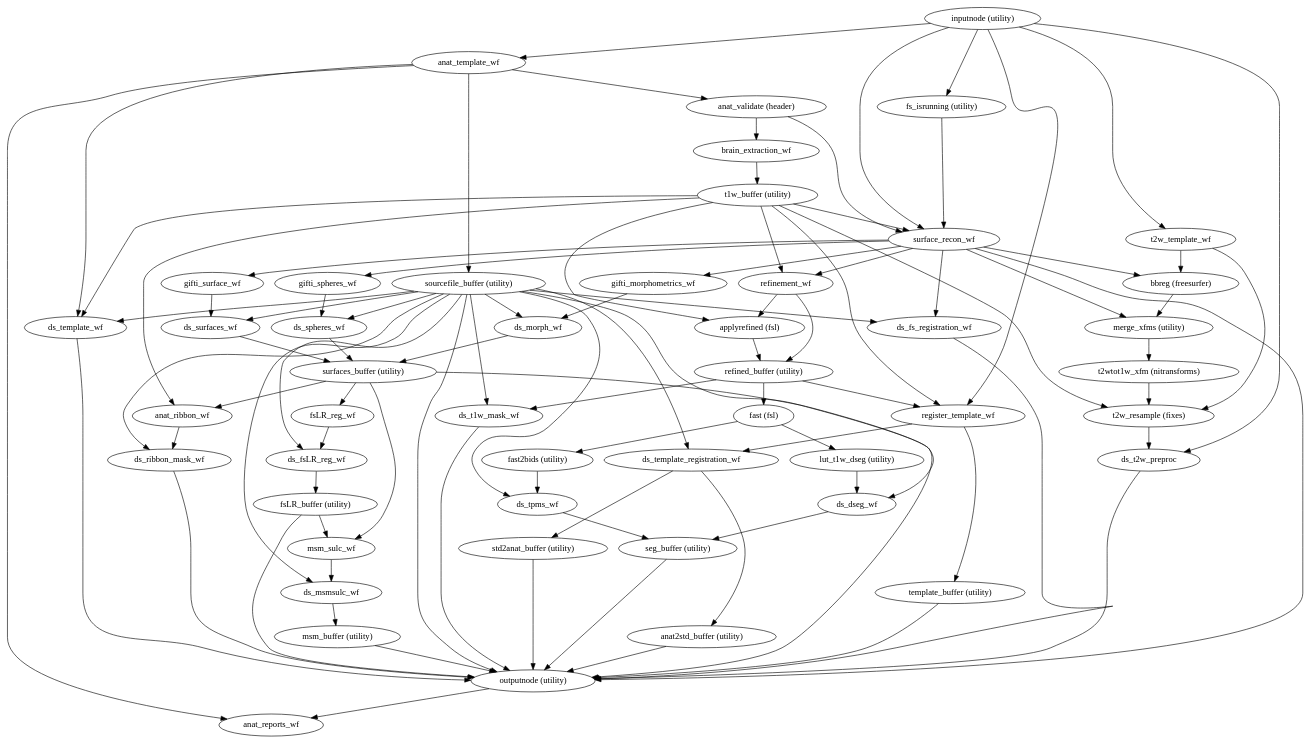
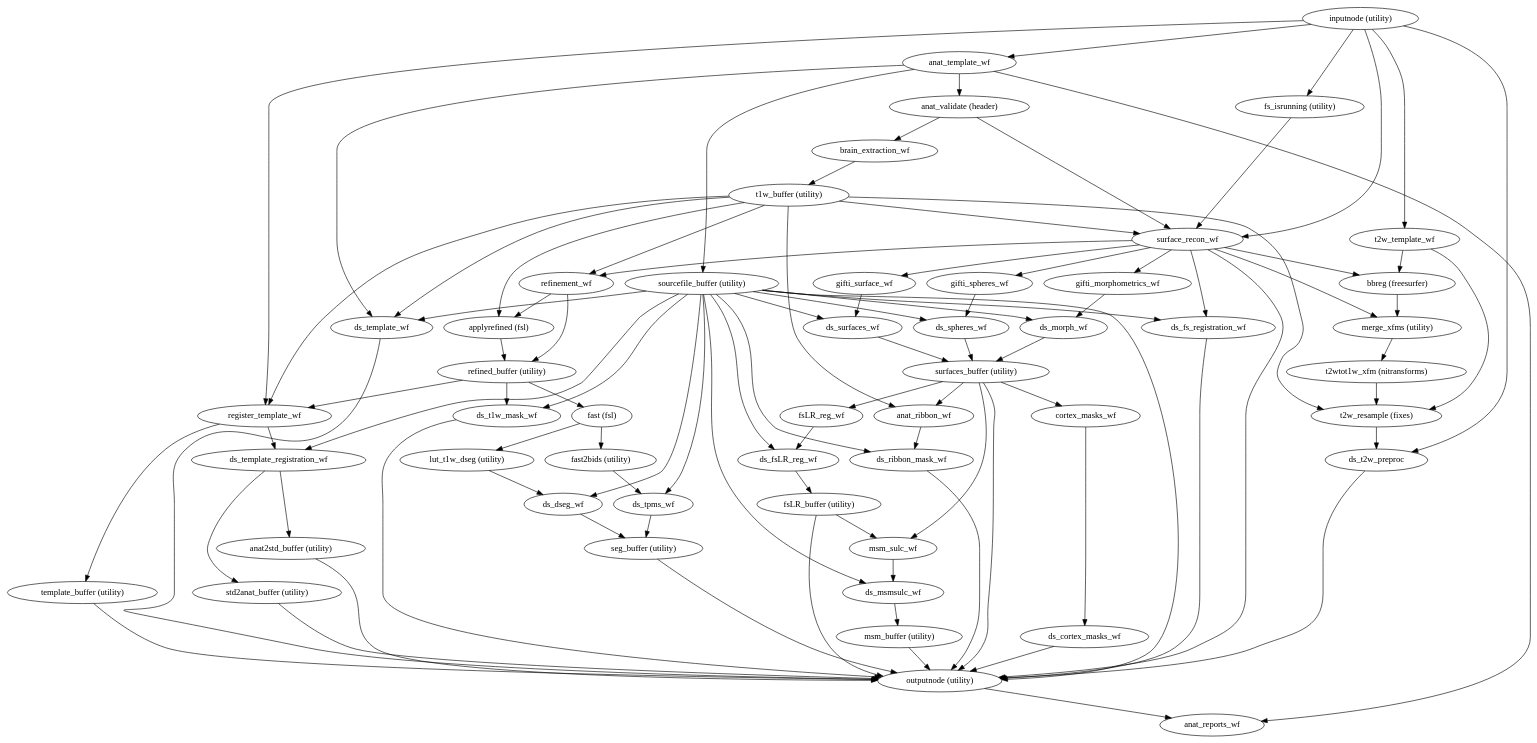
Before and after one commit to nipreps/smriprep: the diagram in 0.13.0/wf_directive/api/anat_fit_wf/smriprep-workflows-anatomical-1.dot, drawn with Graphviz. The commit also changed 9349 other files, not shown here.

```diff
--- a/0.13.0/wf_directive/api/anat_fit_wf/smriprep-workflows-anatomical-1.dot
+++ b/0.13.0/wf_directive/api/anat_fit_wf/smriprep-workflows-anatomical-1.dot
@@ -1,142 +1,147 @@
 strict digraph {
 "inputnode (utility)";
 "anat_template_wf";
 "register_template_wf";
 "fs_isrunning (utility)";
 "surface_recon_wf";
 "t2w_template_wf";
 "ds_t2w_preproc";
 "seg_buffer (utility)";
 "outputnode (utility)";
 "anat_reports_wf";
 "anat2std_buffer (utility)";
 "std2anat_buffer (utility)";
 "template_buffer (utility)";
 "sourcefile_buffer (utility)";
 "ds_template_wf";
 "ds_t1w_mask_wf";
 "ds_dseg_wf";
 "ds_tpms_wf";
 "ds_template_registration_wf";
 "ds_fs_registration_wf";
 "ds_surfaces_wf";
 "ds_spheres_wf";
 "ds_morph_wf";
 "ds_ribbon_mask_wf";
 "ds_fsLR_reg_wf";
 "ds_msmsulc_wf";
 "surfaces_buffer (utility)";
 "anat_ribbon_wf";
 "fsLR_reg_wf";
 "msm_sulc_wf";
+"cortex_masks_wf";
 "fsLR_buffer (utility)";
 "msm_buffer (utility)";
 "anat_validate (header)";
 "brain_extraction_wf";
 "t1w_buffer (utility)";
 "refinement_wf";
 "applyrefined (fsl)";
 "t2w_resample (fixes)";
 "refined_buffer (utility)";
 "fast (fsl)";
 "lut_t1w_dseg (utility)";
 "fast2bids (utility)";
 "bbreg (freesurfer)";
 "merge_xfms (utility)";
 "gifti_surface_wf";
 "gifti_spheres_wf";
 "gifti_morphometrics_wf";
 "t2wtot1w_xfm (nitransforms)";
+"ds_cortex_masks_wf";
 "inputnode (utility)" -> "anat_template_wf";
 "inputnode (utility)" -> "register_template_wf";
 "inputnode (utility)" -> "fs_isrunning (utility)";
 "inputnode (utility)" -> "surface_recon_wf";
 "inputnode (utility)" -> "t2w_template_wf";
 "inputnode (utility)" -> "ds_t2w_preproc";
 "anat_template_wf" -> "anat_validate (header)";
 "anat_template_wf" -> "sourcefile_buffer (utility)";
 "anat_template_wf" -> "anat_reports_wf";
 "anat_template_wf" -> "ds_template_wf";
 "register_template_wf" -> "ds_template_registration_wf";
 "register_template_wf" -> "template_buffer (utility)";
 "fs_isrunning (utility)" -> "surface_recon_wf";
 "surface_recon_wf" -> "outputnode (utility)";
 "surface_recon_wf" -> "ds_fs_registration_wf";
 "surface_recon_wf" -> "refinement_wf";
 "surface_recon_wf" -> "bbreg (freesurfer)";
 "surface_recon_wf" -> "merge_xfms (utility)";
 "surface_recon_wf" -> "gifti_surface_wf";
 "surface_recon_wf" -> "gifti_spheres_wf";
 "surface_recon_wf" -> "gifti_morphometrics_wf";
 "t2w_template_wf" -> "bbreg (freesurfer)";
 "t2w_template_wf" -> "t2w_resample (fixes)";
 "ds_t2w_preproc" -> "outputnode (utility)";
 "seg_buffer (utility)" -> "outputnode (utility)";
 "outputnode (utility)" -> "anat_reports_wf";
 "anat2std_buffer (utility)" -> "outputnode (utility)";
 "std2anat_buffer (utility)" -> "outputnode (utility)";
 "template_buffer (utility)" -> "outputnode (utility)";
 "sourcefile_buffer (utility)" -> "outputnode (utility)";
 "sourcefile_buffer (utility)" -> "ds_template_wf";
 "sourcefile_buffer (utility)" -> "ds_t1w_mask_wf";
 "sourcefile_buffer (utility)" -> "ds_dseg_wf";
 "sourcefile_buffer (utility)" -> "ds_tpms_wf";
 "sourcefile_buffer (utility)" -> "ds_template_registration_wf";
 "sourcefile_buffer (utility)" -> "ds_fs_registration_wf";
 "sourcefile_buffer (utility)" -> "ds_surfaces_wf";
 "sourcefile_buffer (utility)" -> "ds_spheres_wf";
 "sourcefile_buffer (utility)" -> "ds_morph_wf";
 "sourcefile_buffer (utility)" -> "ds_ribbon_mask_wf";
 "sourcefile_buffer (utility)" -> "ds_fsLR_reg_wf";
 "sourcefile_buffer (utility)" -> "ds_msmsulc_wf";
 "ds_template_wf" -> "outputnode (utility)";
 "ds_t1w_mask_wf" -> "outputnode (utility)";
 "ds_dseg_wf" -> "seg_buffer (utility)";
 "ds_tpms_wf" -> "seg_buffer (utility)";
 "ds_template_registration_wf" -> "std2anat_buffer (utility)";
 "ds_template_registration_wf" -> "anat2std_buffer (utility)";
 "ds_fs_registration_wf" -> "outputnode (utility)";
 "ds_surfaces_wf" -> "surfaces_buffer (utility)";
 "ds_spheres_wf" -> "surfaces_buffer (utility)";
 "ds_morph_wf" -> "surfaces_buffer (utility)";
 "ds_ribbon_mask_wf" -> "outputnode (utility)";
 "ds_fsLR_reg_wf" -> "fsLR_buffer (utility)";
 "ds_msmsulc_wf" -> "msm_buffer (utility)";
 "surfaces_buffer (utility)" -> "outputnode (utility)";
 "surfaces_buffer (utility)" -> "anat_ribbon_wf";
 "surfaces_buffer (utility)" -> "fsLR_reg_wf";
 "surfaces_buffer (utility)" -> "msm_sulc_wf";
+"surfaces_buffer (utility)" -> "cortex_masks_wf";
 "anat_ribbon_wf" -> "ds_ribbon_mask_wf";
 "fsLR_reg_wf" -> "ds_fsLR_reg_wf";
 "msm_sulc_wf" -> "ds_msmsulc_wf";
+"cortex_masks_wf" -> "ds_cortex_masks_wf";
 "fsLR_buffer (utility)" -> "outputnode (utility)";
 "fsLR_buffer (utility)" -> "msm_sulc_wf";
 "msm_buffer (utility)" -> "outputnode (utility)";
 "anat_validate (header)" -> "brain_extraction_wf";
 "anat_validate (header)" -> "surface_recon_wf";
 "brain_extraction_wf" -> "t1w_buffer (utility)";
 "t1w_buffer (utility)" -> "ds_template_wf";
 "t1w_buffer (utility)" -> "register_template_wf";
 "t1w_buffer (utility)" -> "surface_recon_wf";
 "t1w_buffer (utility)" -> "refinement_wf";
 "t1w_buffer (utility)" -> "applyrefined (fsl)";
 "t1w_buffer (utility)" -> "t2w_resample (fixes)";
 "t1w_buffer (utility)" -> "anat_ribbon_wf";
 "refinement_wf" -> "applyrefined (fsl)";
 "refinement_wf" -> "refined_buffer (utility)";
 "applyrefined (fsl)" -> "refined_buffer (utility)";
 "t2w_resample (fixes)" -> "ds_t2w_preproc";
 "refined_buffer (utility)" -> "ds_t1w_mask_wf";
 "refined_buffer (utility)" -> "fast (fsl)";
 "refined_buffer (utility)" -> "register_template_wf";
 "fast (fsl)" -> "lut_t1w_dseg (utility)";
 "fast (fsl)" -> "fast2bids (utility)";
 "lut_t1w_dseg (utility)" -> "ds_dseg_wf";
 "fast2bids (utility)" -> "ds_tpms_wf";
 "bbreg (freesurfer)" -> "merge_xfms (utility)";
 "merge_xfms (utility)" -> "t2wtot1w_xfm (nitransforms)";
 "gifti_surface_wf" -> "ds_surfaces_wf";
 "gifti_spheres_wf" -> "ds_spheres_wf";
 "gifti_morphometrics_wf" -> "ds_morph_wf";
 "t2wtot1w_xfm (nitransforms)" -> "t2w_resample (fixes)";
+"ds_cortex_masks_wf" -> "outputnode (utility)";
 }
```
